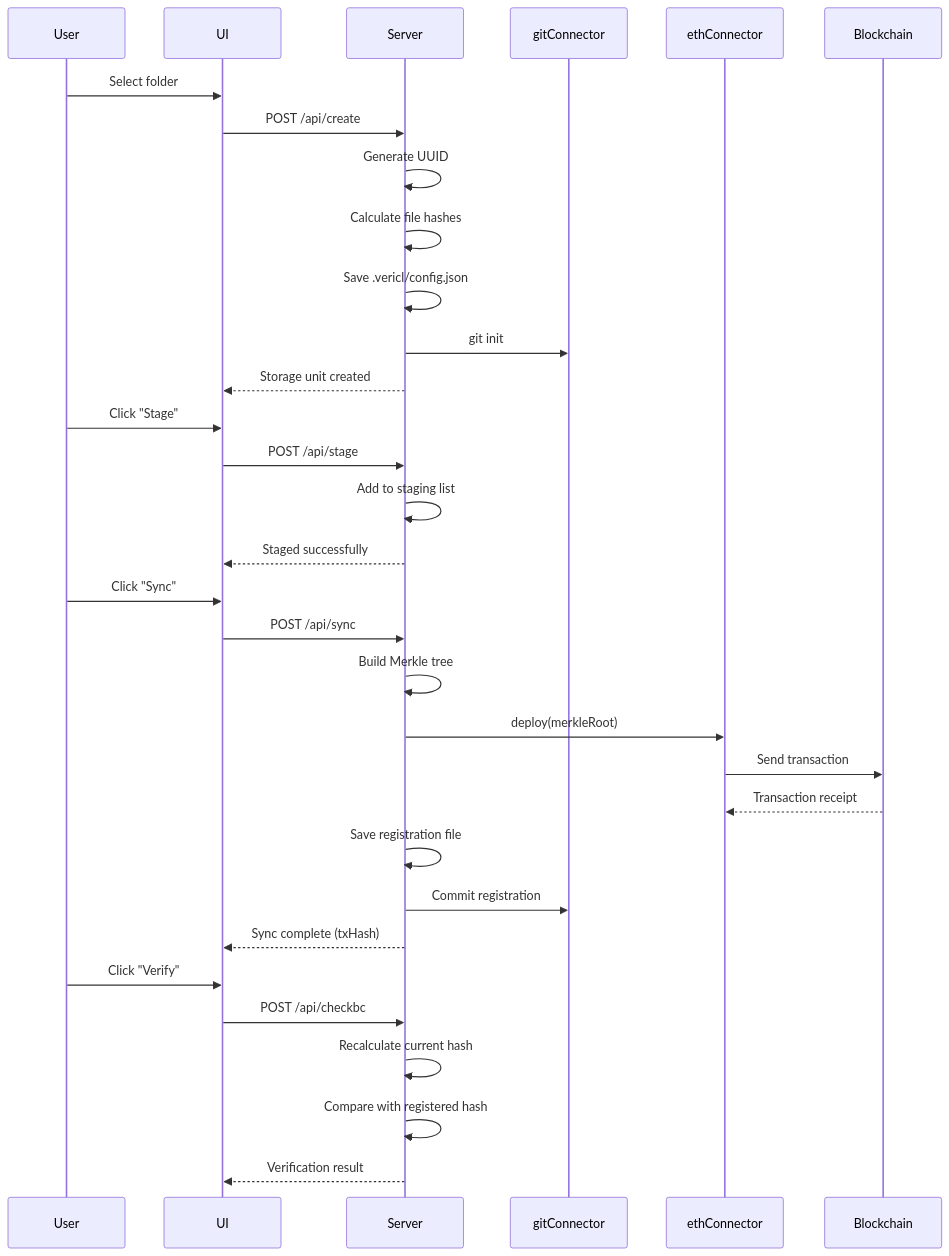
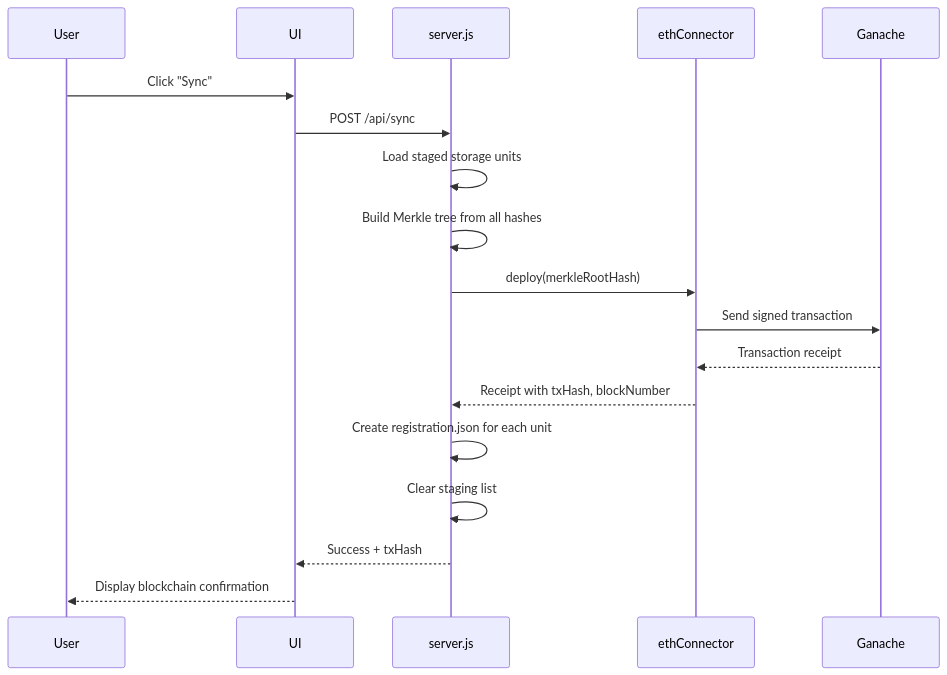
Before and after one commit to Cheesecodemaker/Vericlasify: the fourth of 5 diagrams in @docs/CODE_EXPLANATION.md, drawn with Mermaid. The commit also changed other lines of this file and 6 other files, not shown here.

````diff
--- a/@docs/CODE_EXPLANATION.md
+++ b/@docs/CODE_EXPLANATION.md
@@ -218,38 +279,25 @@
 ```mermaid
 sequenceDiagram
     participant User
     participant UI
-    participant Server
-    participant Git as gitConnector
-    participant Eth as ethConnector
-    participant BC as Blockchain
-
-    User->>UI: Select folder
-    UI->>Server: POST /api/create
-    Server->>Server: Generate UUID
-    Server->>Server: Calculate file hashes
-    Server->>Server: Save .vericl/config.json
-    Server->>Git: git init
-    Server-->>UI: Storage unit created
-
-    User->>UI: Click "Stage"
-    UI->>Server: POST /api/stage
-    Server->>Server: Add to staging list
-    Server-->>UI: Staged successfully
-
+    participant Server as server.js
+    participant ETH as ethConnector
+    participant BC as Ganache
+    
     User->>UI: Click "Sync"
     UI->>Server: POST /api/sync
-    Server->>Server: Build Merkle tree
-    Server->>Eth: deploy(merkleRoot)
-    Eth->>BC: Send transaction
-    BC-->>Eth: Transaction receipt
-    Server->>Server: Save registration file
-    Server->>Git: Commit registration
-    Server-->>UI: Sync complete (txHash)
-
-    User->>UI: Click "Verify"
-    UI->>Server: POST /api/checkbc
-    Server->>Server: Recalculate current hash
-    Server->>Server: Compare with registered hash
-    Server-->>UI: Verification result
+    
+    Server->>Server: Load staged storage units
+    Server->>Server: Build Merkle tree from all hashes
+    
+    Server->>ETH: deploy(merkleRootHash)
+    ETH->>BC: Send signed transaction
+    BC-->>ETH: Transaction receipt
+    ETH-->>Server: Receipt with txHash, blockNumber
+    
+    Server->>Server: Create registration.json for each unit
+    Server->>Server: Clear staging list
+    
+    Server-->>UI: Success + txHash
+    UI-->>User: Display blockchain confirmation
 ```
````
